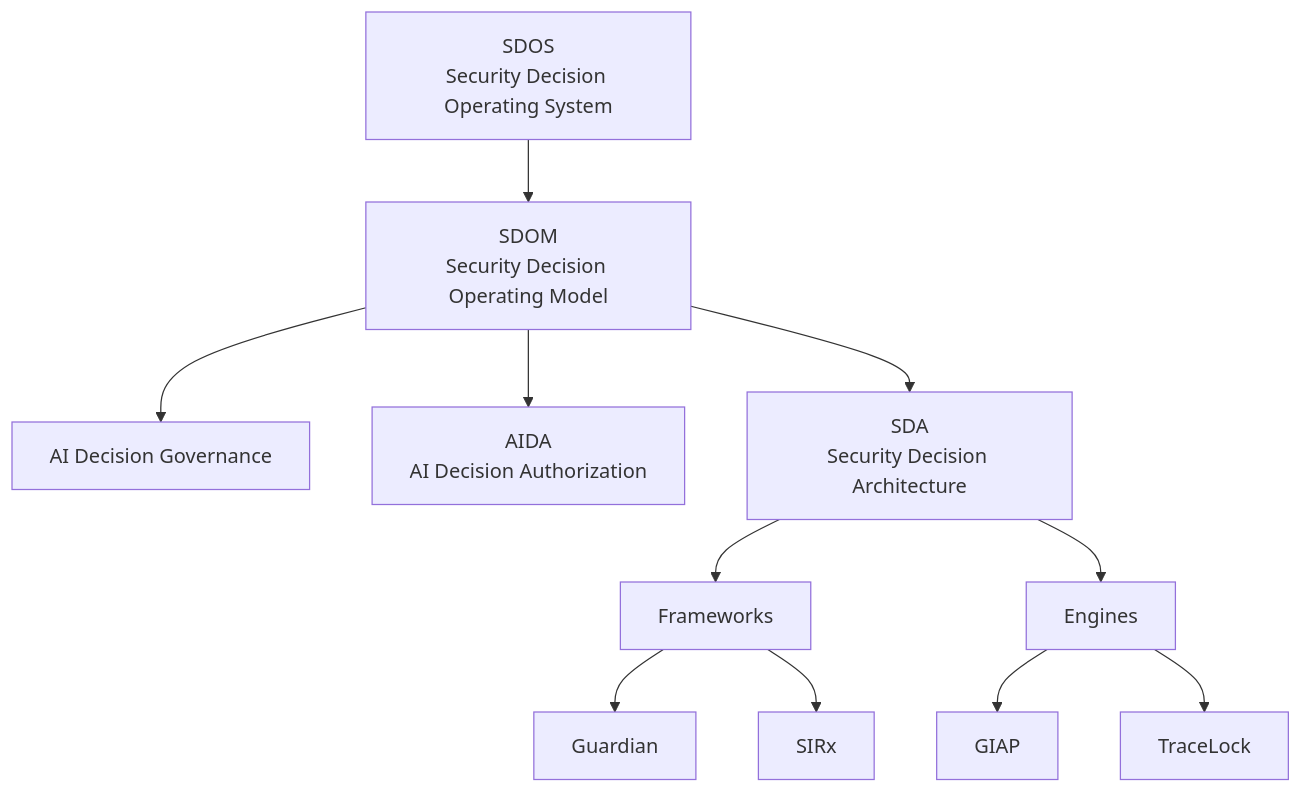
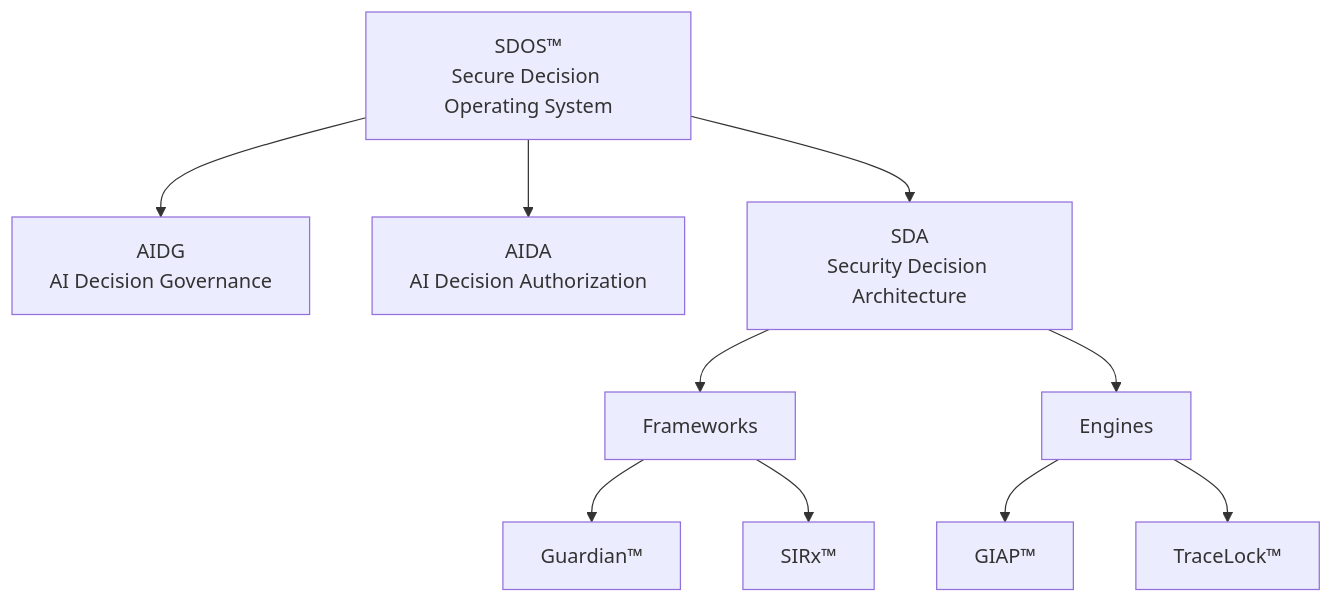
The diagram in docs/architecture/security-decision-architecture.md (Pharns/portfolio), drawn with Mermaid before and after one commit. The commit also changed other lines of this file and 17 other files, not shown here.

````diff
--- a/docs/architecture/security-decision-architecture.md
+++ b/docs/architecture/security-decision-architecture.md
@@ -65,27 +63,25 @@
     ```mermaid
     flowchart TD
-        SDOS["SDOS<br/>Security Decision Operating System"]
-        SDOM["SDOM<br/>Security Decision Operating Model"]
-        AIG["AI Decision Governance"]
+        SDOS["SDOS™<br/>Secure Decision Operating System"]
+        AIDG["AIDG<br/>AI Decision Governance"]
         AIDA["AIDA<br/>AI Decision Authorization"]
         SDA["SDA<br/>Security Decision Architecture"]
         F["Frameworks"]
-        G["Guardian"]
-        S["SIRx"]
+        G["Guardian™"]
+        S["SIRx™"]
         E["Engines"]
-        GIAP["GIAP"]
-        TL["TraceLock"]
+        GIAP["GIAP™"]
+        TL["TraceLock™"]
 
-        SDOS --> SDOM
-        SDOM --> AIG
-        SDOM --> AIDA
-        SDOM --> SDA
+        SDOS --> AIDG
+        SDOS --> AIDA
+        SDOS --> SDA
 
         F --> G
         F --> S
 
         SDA --> F
         SDA --> E
         E --> GIAP
         E --> TL
     ```
````
